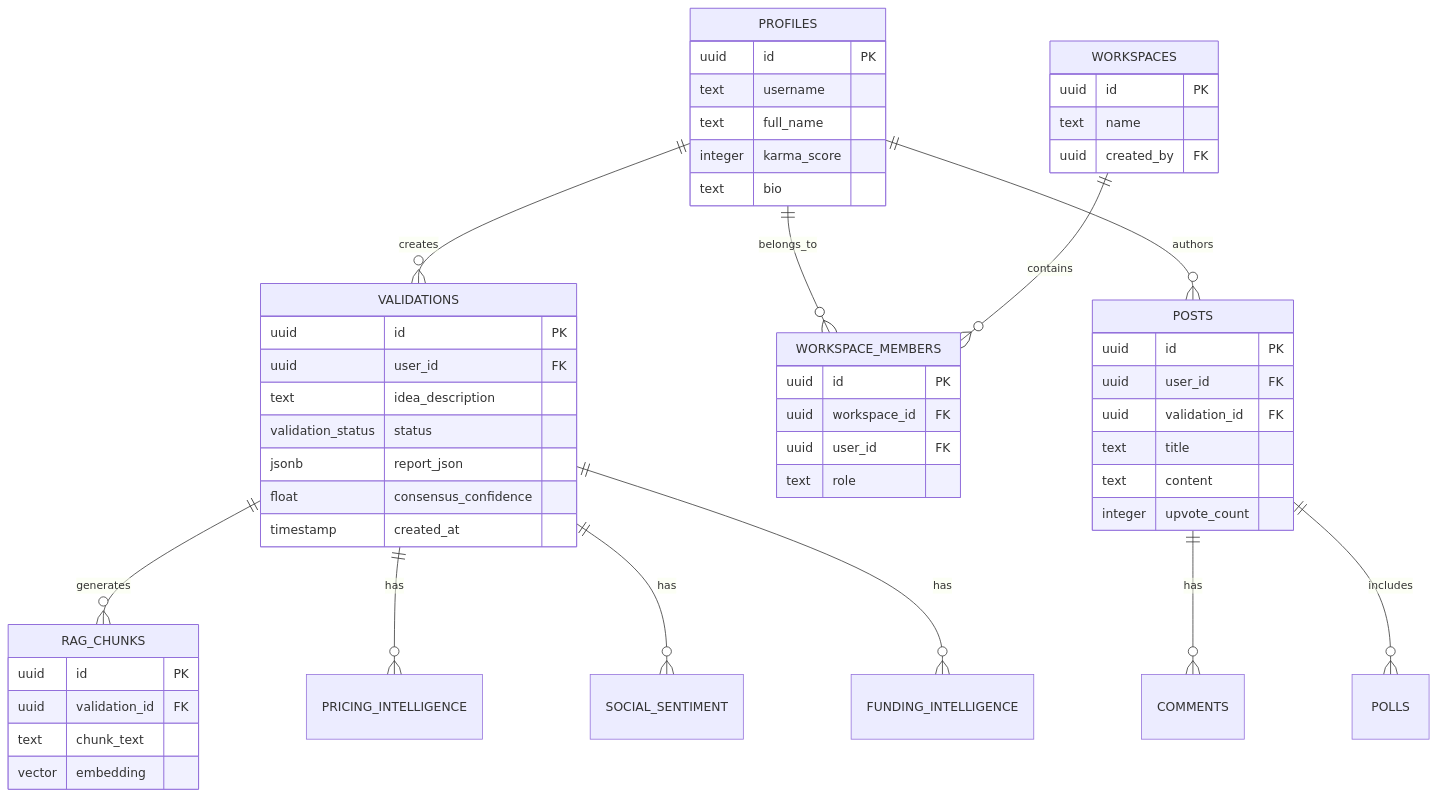
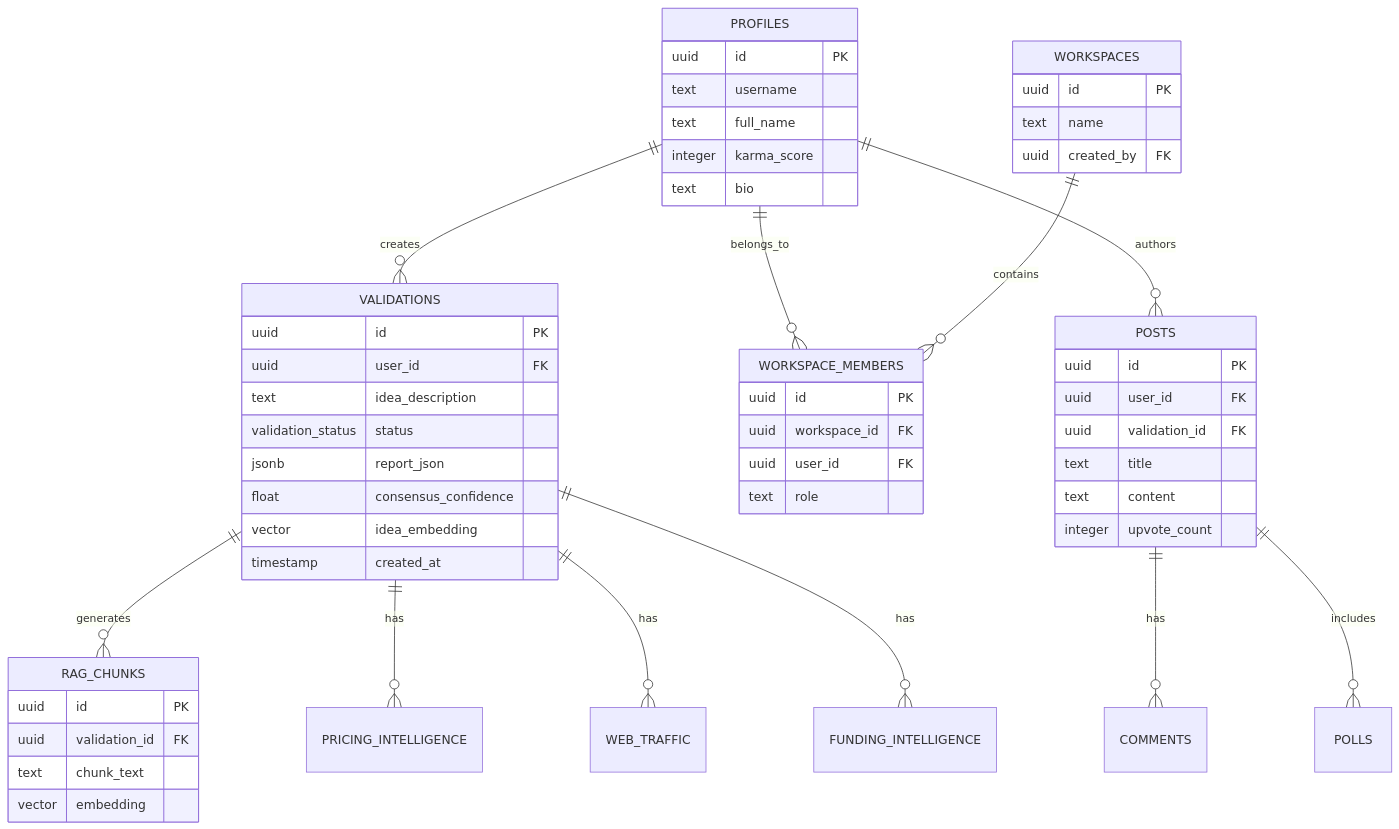
One commit to rohithuppala-code/Startup_Scope_AI changed the fifth of 5 diagrams in README.md. Above: the diagram before and after it, drawn with Mermaid. The commit also changed other lines of this file and 1 other file, not shown here.

Commit message:
readme and architecture edits

````diff
--- a/README.md
+++ b/README.md
@@ -246,61 +246,62 @@
 ```mermaid
 erDiagram
     PROFILES ||--o{ VALIDATIONS : creates
     PROFILES ||--o{ WORKSPACE_MEMBERS : belongs_to
     WORKSPACES ||--o{ WORKSPACE_MEMBERS : contains
     VALIDATIONS ||--o{ RAG_CHUNKS : generates
     VALIDATIONS ||--o{ PRICING_INTELLIGENCE : has
-    VALIDATIONS ||--o{ SOCIAL_SENTIMENT : has
+    VALIDATIONS ||--o{ WEB_TRAFFIC : has
     VALIDATIONS ||--o{ FUNDING_INTELLIGENCE : has
     
     POSTS ||--o{ COMMENTS : has
     POSTS ||--o{ POLLS : includes
     PROFILES ||--o{ POSTS : authors
 
     PROFILES {
         uuid id PK
         text username
         text full_name
         integer karma_score
         text bio
     }
 
     VALIDATIONS {
         uuid id PK
         uuid user_id FK
         text idea_description
         validation_status status
         jsonb report_json
         float consensus_confidence
+        vector idea_embedding
         timestamp created_at
     }
 
     WORKSPACES {
         uuid id PK
         text name
         uuid created_by FK
     }
 
     WORKSPACE_MEMBERS {
         uuid id PK
         uuid workspace_id FK
         uuid user_id FK
         text role
     }
 
     RAG_CHUNKS {
         uuid id PK
         uuid validation_id FK
         text chunk_text
         vector embedding
     }
 
     POSTS {
         uuid id PK
         uuid user_id FK
         uuid validation_id FK
         text title
         text content
         integer upvote_count
     }
 ```
````
